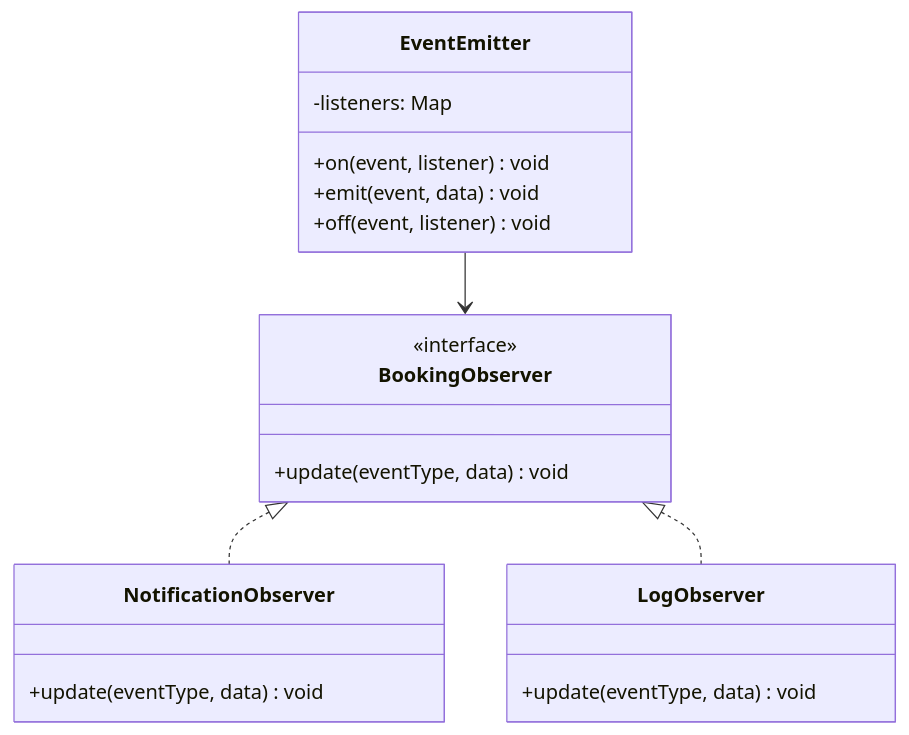
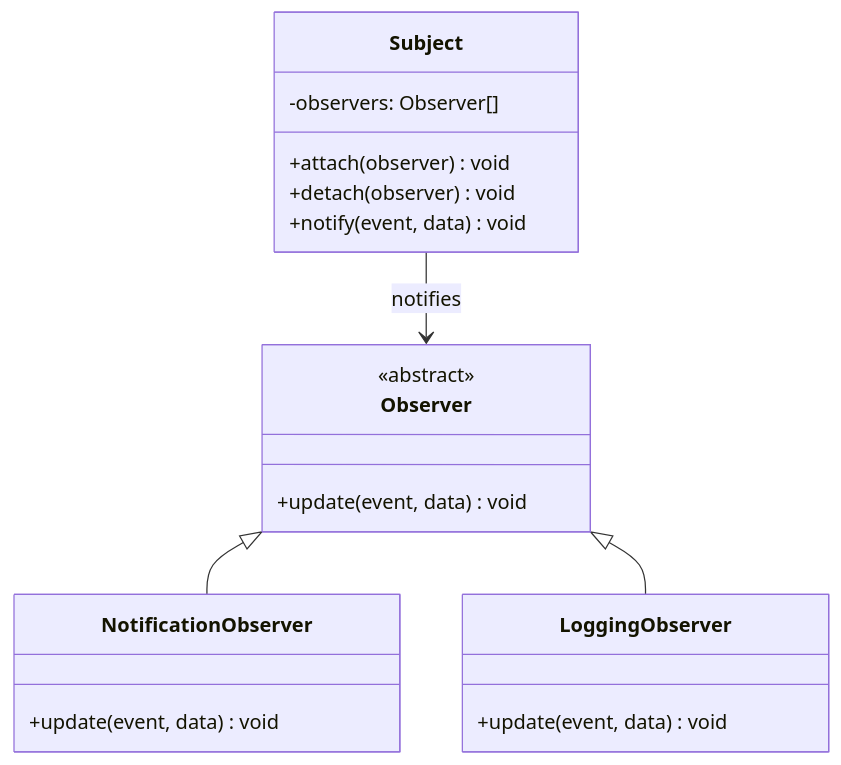
The fourth of 6 diagrams in docs/design-patterns.md (nguyensykimbang321-arch/KTvsTKPM), drawn with Mermaid before and after one commit. The commit also changed other lines of this file and 7 other files, not shown here.

````diff
--- a/docs/design-patterns.md
+++ b/docs/design-patterns.md
@@ -320,26 +397,26 @@
 ```mermaid
 classDiagram
-    class EventEmitter {
-        -listeners: Map
-        +on(event, listener) void
-        +emit(event, data) void
-        +off(event, listener) void
+    class Subject {
+        -observers: Observer[]
+        +attach(observer) void
+        +detach(observer) void
+        +notify(event, data) void
     }
 
-    class BookingObserver {
-        <<interface>>
-        +update(eventType, data) void
+    class Observer {
+        <<abstract>>
+        +update(event, data) void
     }
 
     class NotificationObserver {
-        +update(eventType, data) void
+        +update(event, data) void
     }
 
-    class LogObserver {
-        +update(eventType, data) void
+    class LoggingObserver {
+        +update(event, data) void
     }
 
-    EventEmitter --> BookingObserver
-    BookingObserver <|.. NotificationObserver
-    BookingObserver <|.. LogObserver
+    Subject --> Observer : notifies
+    Observer <|-- NotificationObserver
+    Observer <|-- LoggingObserver
 ```
````
